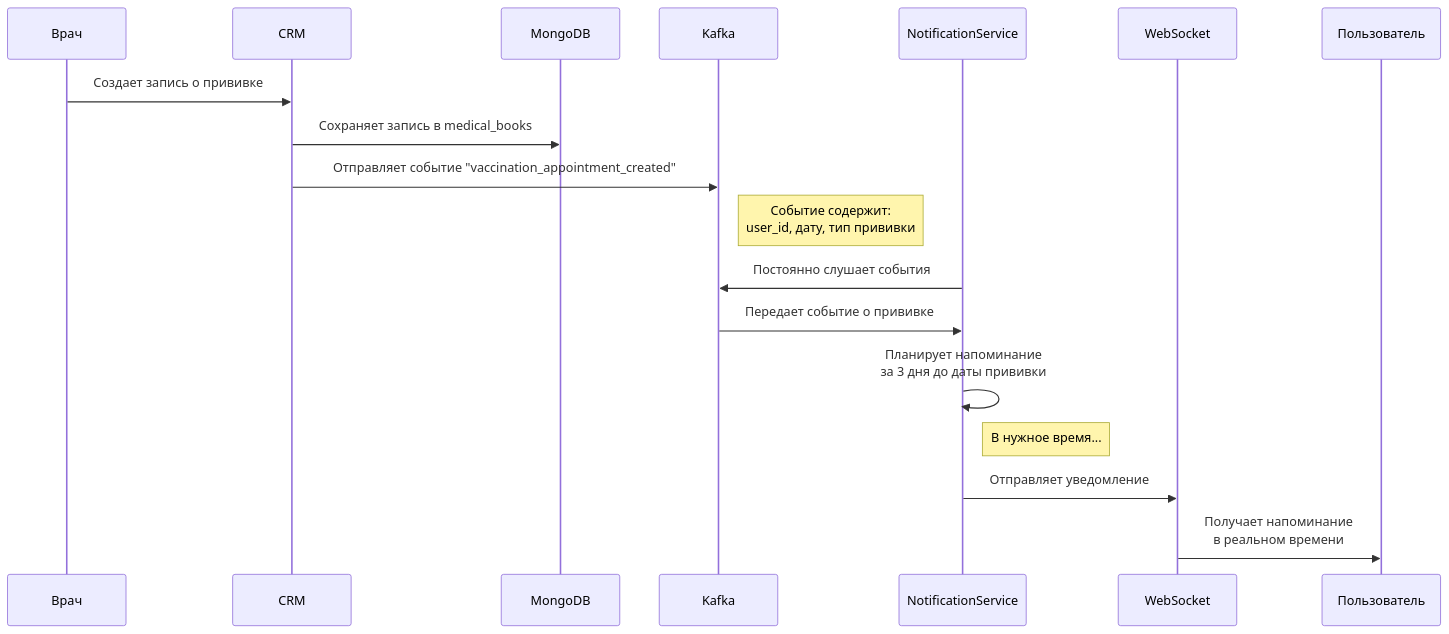
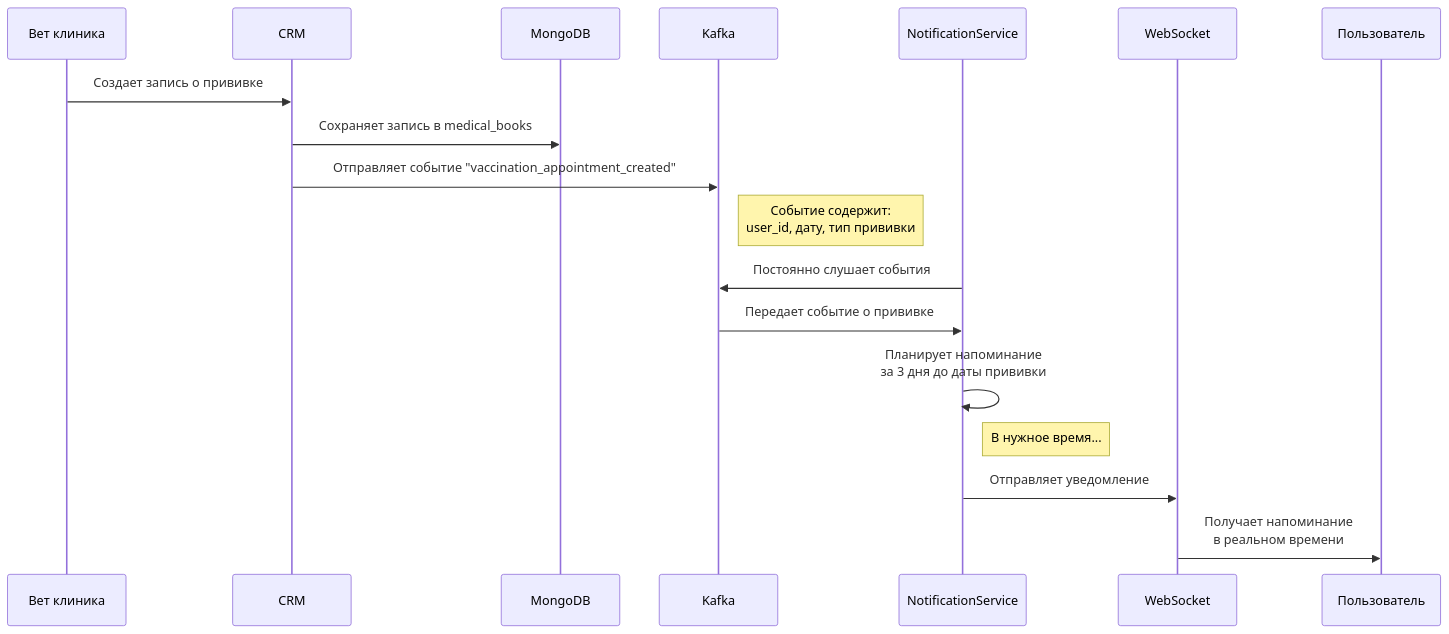
The second of 2 diagrams in README.md (rootmarkexe/diagramms), drawn with Mermaid before and after one commit.

````diff
--- a/README.md
+++ b/README.md
@@ -74,26 +74,26 @@
 ```mermaid
 sequenceDiagram
-    participant Врач
+    participant Вет клиника
     participant CRM
     participant MongoDB
     participant Kafka
     participant NotificationService
     participant WebSocket
     participant Пользователь
 
-    Врач->>CRM: Создает запись о прививке
+    Вет клиника->>CRM: Создает запись о прививке
     CRM->>MongoDB: Сохраняет запись в medical_books
     CRM->>Kafka: Отправляет событие "vaccination_appointment_created"
     
     Note right of Kafka: Событие содержит:<br/>user_id, дату, тип прививки
     
     NotificationService->>Kafka: Постоянно слушает события
     Kafka->>NotificationService: Передает событие о прививке
     
     NotificationService->>NotificationService: Планирует напоминание<br/>за 3 дня до даты прививки
     
     Note right of NotificationService: В нужное время...
     
     NotificationService->>WebSocket: Отправляет уведомление
     WebSocket->>Пользователь: Получает напоминание<br/>в реальном времени
 ```
````
